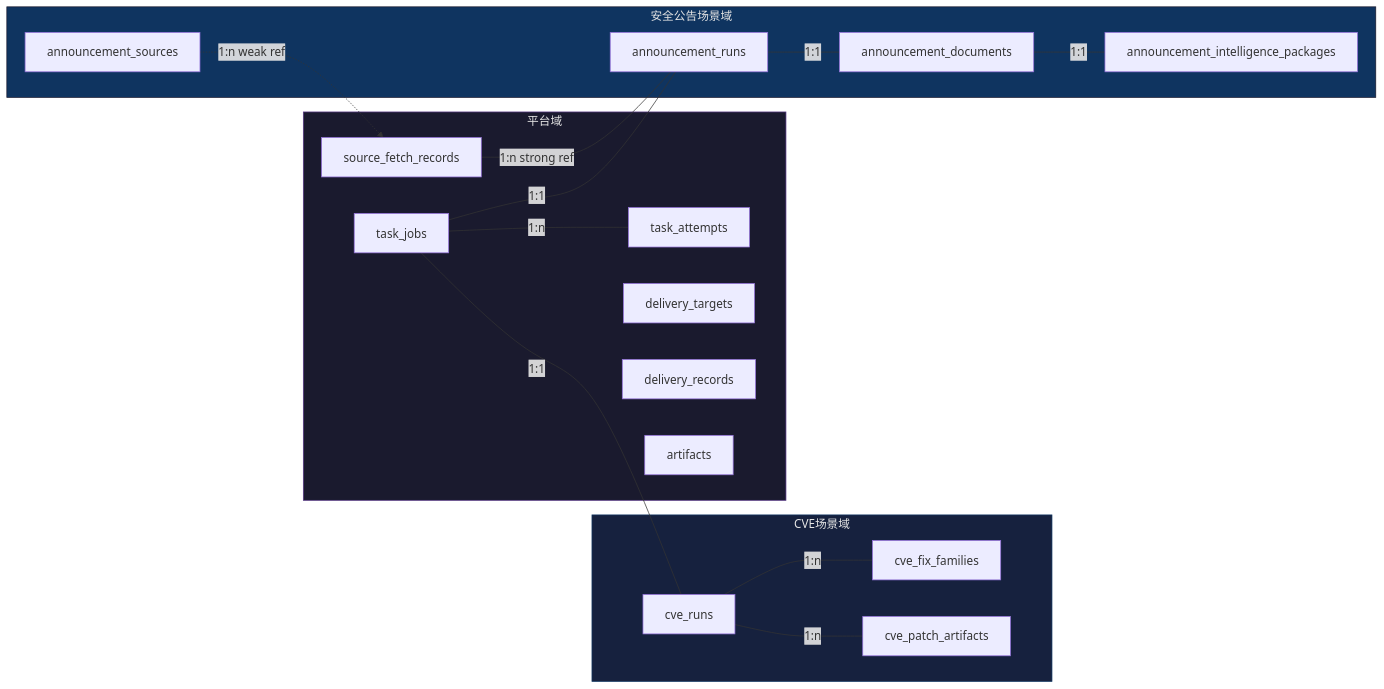
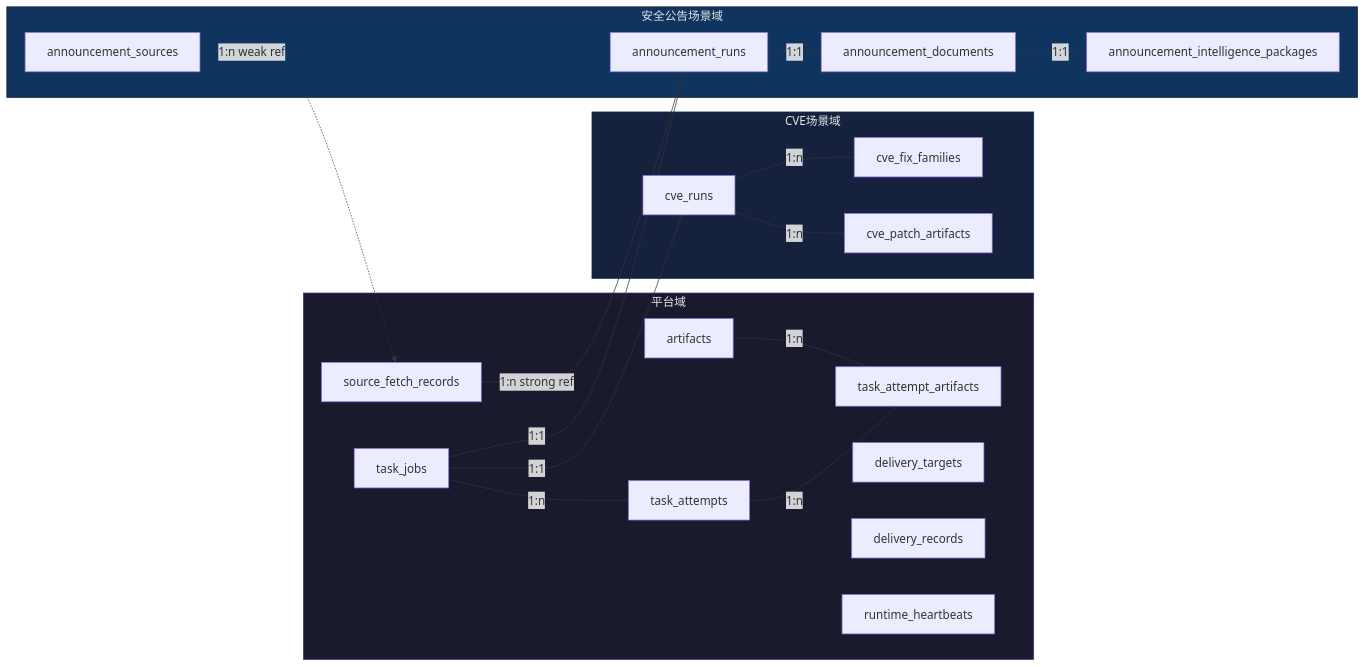
The first of 2 diagrams in docs/03-系统架构/数据库设计.md (coeoo/AetherFlow), drawn with Mermaid before and after one commit. The commit also changed other lines of this file and 36 other files, not shown here.

````diff
--- a/docs/03-系统架构/数据库设计.md
+++ b/docs/03-系统架构/数据库设计.md
@@ -31,38 +31,42 @@
 ```mermaid
 flowchart LR
     subgraph 平台域
         TJ["task_jobs"]
         TA["task_attempts"]
+        TAA["task_attempt_artifacts"]
         DT["delivery_targets"]
         DR["delivery_records"]
         AF["artifacts"]
         SF["source_fetch_records"]
+        RH["runtime_heartbeats"]
     end
 
     subgraph CVE场景域
         CR["cve_runs"]
         CF["cve_fix_families"]
         CP["cve_patch_artifacts"]
     end
 
     subgraph 安全公告场景域
         AS["announcement_sources"]
         AR["announcement_runs"]
         AD["announcement_documents"]
         AI["announcement_intelligence_packages"]
     end
 
     TJ ---|1:n| TA
+    TA ---|1:n| TAA
+    AF ---|1:n| TAA
     TJ ---|1:1| CR
     TJ ---|1:1| AR
     CR ---|1:n| CF
     CR ---|1:n| CP
     AS -.->|1:n weak ref| SF
     SF ---|1:n strong ref| AR
     AR ---|1:1| AD
     AD ---|1:1| AI
 
     style 平台域 fill:#1a1a2e,stroke:#533483,color:#e4e4e4
     style CVE场景域 fill:#16213e,stroke:#0f3460,color:#e4e4e4
     style 安全公告场景域 fill:#0f3460,stroke:#1a1a2e,color:#e4e4e4
 ```
````
